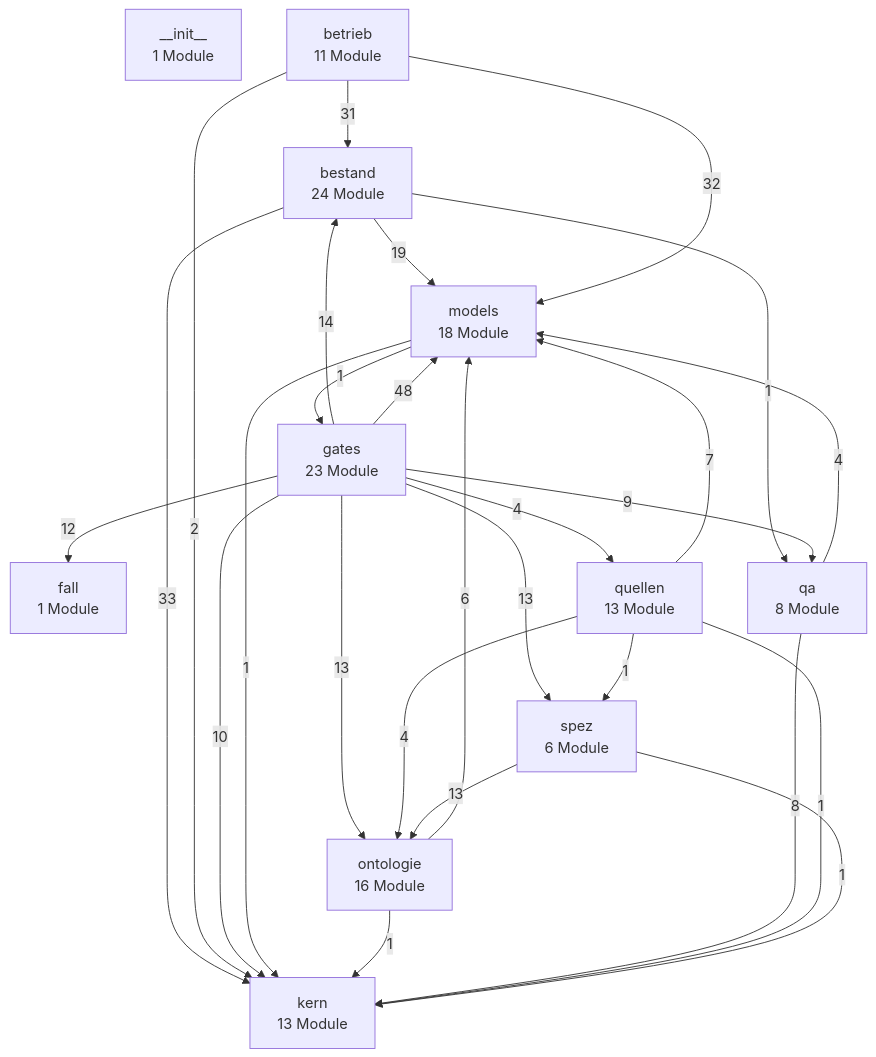
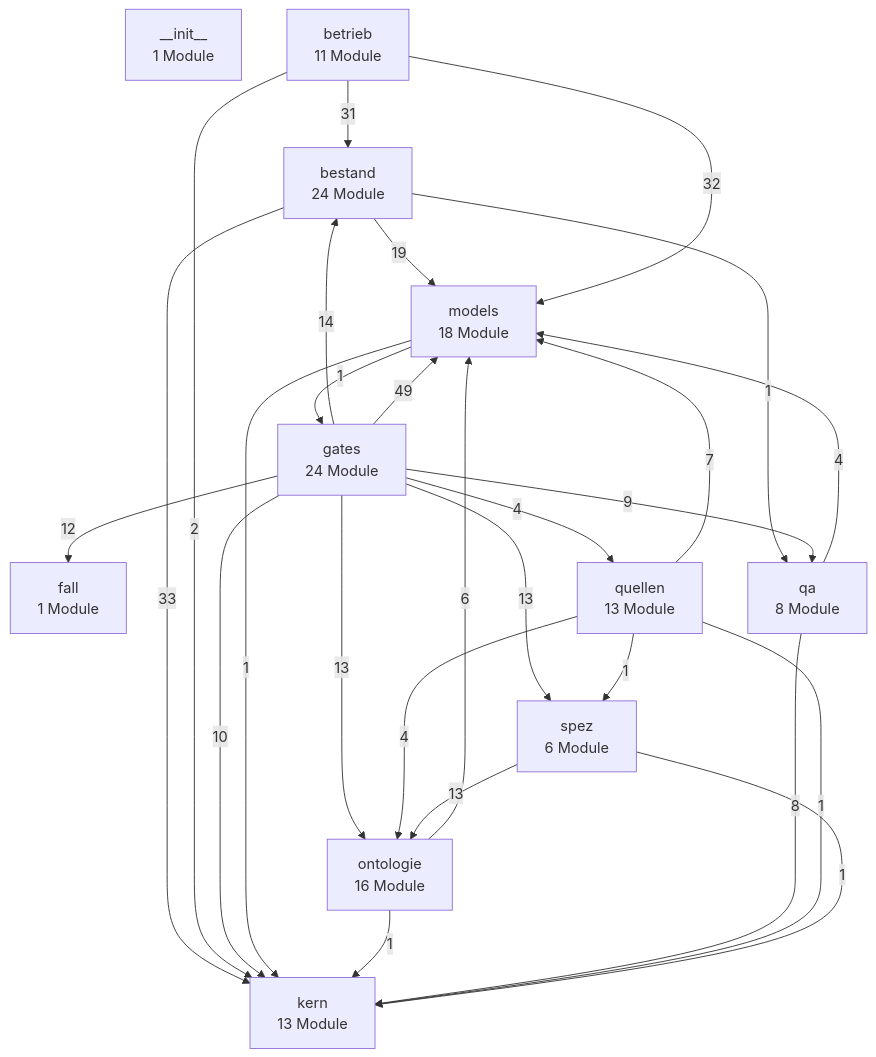
Before and after one commit to bartlmac/rechner-pipeline: the first of 3 diagrams in docs/architektur/landkarte.md, drawn with Mermaid. The commit also changed other lines of this file and 35 other files, not shown here.

````diff
--- a/docs/architektur/landkarte.md
+++ b/docs/architektur/landkarte.md
@@ -27,41 +27,41 @@
 ```mermaid
 %% Schichten — erzeugt von ontologie.landkarte
 flowchart TD
     n__init__["__init__<br/>1 Module"]
     bestand["bestand<br/>24 Module"]
     betrieb["betrieb<br/>11 Module"]
     fall["fall<br/>1 Module"]
-    gates["gates<br/>23 Module"]
+    gates["gates<br/>24 Module"]
     kern["kern<br/>13 Module"]
     models["models<br/>18 Module"]
     ontologie["ontologie<br/>16 Module"]
     qa["qa<br/>8 Module"]
     quellen["quellen<br/>13 Module"]
     spez["spez<br/>6 Module"]
     bestand -- 33 --> kern
     bestand -- 19 --> models
     bestand -- 1 --> qa
     betrieb -- 31 --> bestand
     betrieb -- 2 --> kern
     betrieb -- 32 --> models
     gates -- 14 --> bestand
     gates -- 12 --> fall
     gates -- 10 --> kern
-    gates -- 48 --> models
+    gates -- 49 --> models
     gates -- 13 --> ontologie
     gates -- 9 --> qa
     gates -- 4 --> quellen
     gates -- 13 --> spez
     models -- 1 --> gates
     models -- 1 --> kern
     ontologie -- 1 --> kern
     ontologie -- 6 --> models
     qa -- 8 --> kern
     qa -- 4 --> models
     quellen -- 1 --> kern
     quellen -- 7 --> models
     quellen -- 4 --> ontologie
     quellen -- 1 --> spez
     spez -- 1 --> kern
     spez -- 13 --> ontologie
 ```
````
